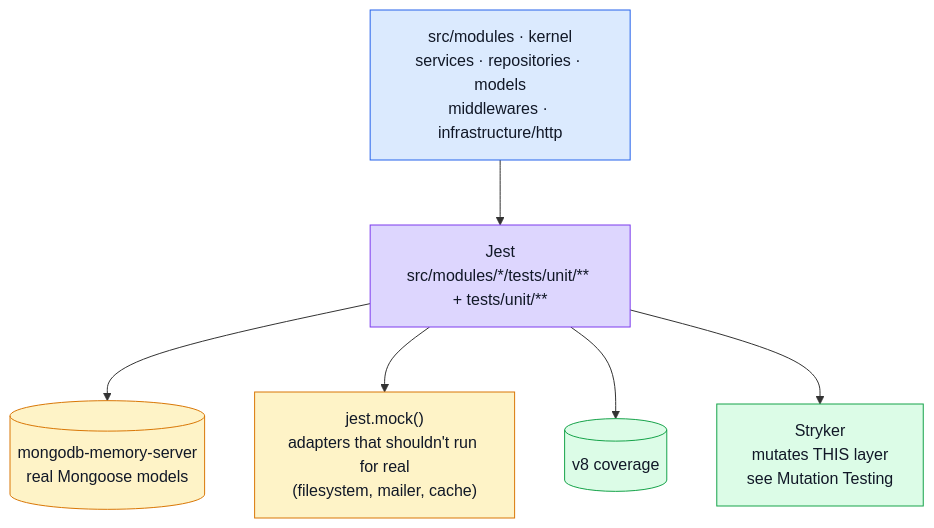
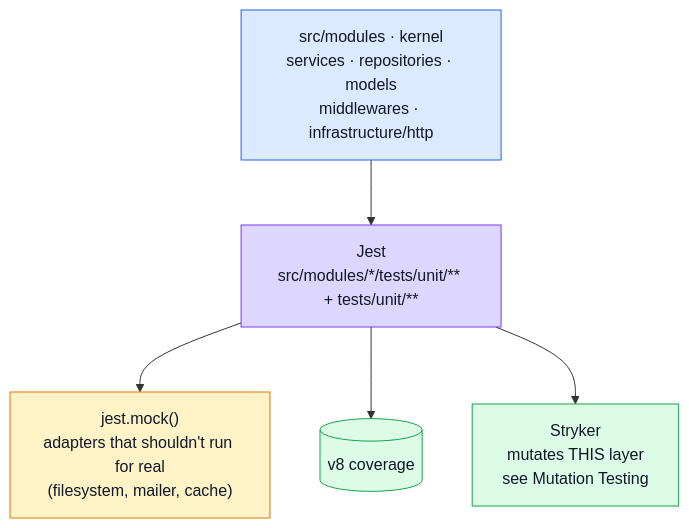
The diagram in docs/tools/unit-testing.md (Guebbit/boilerplate-node-backend), drawn with Mermaid before and after one commit. The commit also changed other lines of this file and 53 other files, not shown here.

````diff
--- a/docs/tools/unit-testing.md
+++ b/docs/tools/unit-testing.md
@@ -15,18 +14,17 @@
 ```mermaid
 %%{init: {'flowchart': {'nodeSpacing': 50, 'rankSpacing': 65}}}%%
 flowchart TB
     Source["src/modules · kernel\nservices · repositories · models\nmiddlewares · infrastructure/http"] --> Unit["Jest\nsrc/modules/*/tests/unit/** + tests/unit/**"]
-    Unit --> RealMongo[("mongodb-memory-server\nreal Mongoose models")]
     Unit --> ModuleMock["jest.mock()\nadapters that shouldn't run for real\n(filesystem, mailer, cache)"]
     Unit --> Coverage[("v8 coverage")]
     Unit --> Mutation["Stryker\nmutates THIS layer\nsee Mutation Testing"]
 
     classDef src fill:#dbeafe,stroke:#2563eb,color:#111827;
     classDef test fill:#ddd6fe,stroke:#7c3aed,color:#111827;
     classDef data fill:#fef3c7,stroke:#d97706,color:#111827;
     classDef out fill:#dcfce7,stroke:#16a34a,color:#111827;
     class Source src;
     class Unit test;
-    class RealMongo,ModuleMock data;
+    class ModuleMock data;
     class Coverage,Mutation out;
 ```
````
